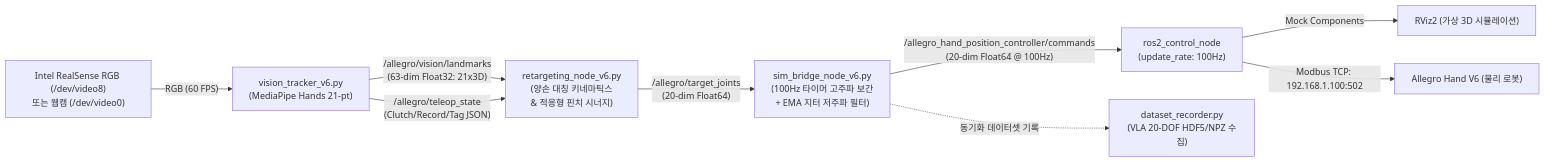
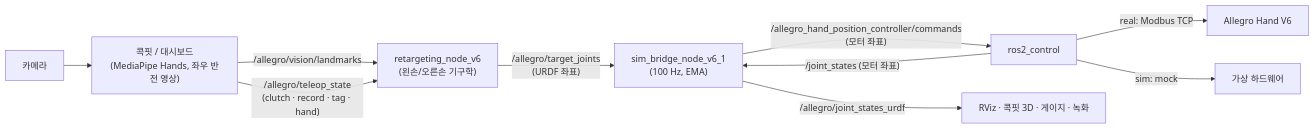
The diagram in README.md (jacoblee1214/allegro_vision_teleop), drawn with Mermaid before and after one commit. The commit also changed other lines of this file and 5 other files, not shown here.

````diff
--- a/README.md
+++ b/README.md
@@ -222,11 +101,12 @@
 ```mermaid
 flowchart LR
-    A["Intel RealSense RGB (/dev/video8)<br/>또는 웹캠 (/dev/video0)"] -->|"RGB (60 FPS)"| B["vision_tracker_v6.py<br/>(MediaPipe Hands 21-pt)"]
-    B -->|"/allegro/vision/landmarks<br/>(63-dim Float32: 21x3D)"| C["retargeting_node_v6.py<br/>(양손 대칭 키네마틱스<br/>& 적응형 핀치 시너지)"]
-    B -->|"/allegro/teleop_state<br/>(Clutch/Record/Tag JSON)"| C
-    C -->|"/allegro/target_joints<br/>(20-dim Float64)"| D["sim_bridge_node_v6.py<br/>(100Hz 타이머 고주파 보간<br/>+ EMA 지터 저주파 필터)"]
-    D -->|"/allegro_hand_position_controller/commands<br/>(20-dim Float64 @ 100Hz)"| E["ros2_control_node<br/>(update_rate: 100Hz)"]
-    E -->|"Mock Components"| F["RViz2 (가상 3D 시뮬레이션)"]
-    E -->|"Modbus TCP: 192.168.1.100:502"| G["Allegro Hand V6 (물리 로봇)"]
-    D -.->|"동기화 데이터셋 기록"| H["dataset_recorder.py<br/>(VLA 20-DOF HDF5/NPZ 수집)"]
+    CAM["카메라"] --> UI["콕핏 / 대시보드<br/>(MediaPipe Hands, 좌우 반전 영상)"]
+    UI -->|"/allegro/vision/landmarks"| RT["retargeting_node_v6<br/>(왼손/오른손 기구학)"]
+    UI -->|"/allegro/teleop_state<br/>(clutch · record · tag · hand)"| RT
+    RT -->|"/allegro/target_joints<br/>(URDF 좌표)"| BR["sim_bridge_node_v6_1<br/>(100 Hz, EMA)"]
+    BR -->|"/allegro_hand_position_controller/commands<br/>(모터 좌표)"| CM["ros2_control"]
+    CM -->|"real: Modbus TCP"| HW["Allegro Hand V6"]
+    CM -->|"sim: mock"| MOCK["가상 하드웨어"]
+    CM -->|"/joint_states (모터 좌표)"| BR
+    BR -->|"/allegro/joint_states_urdf"| VIEW["RViz · 콕핏 3D · 게이지 · 녹화"]
 ```
````
